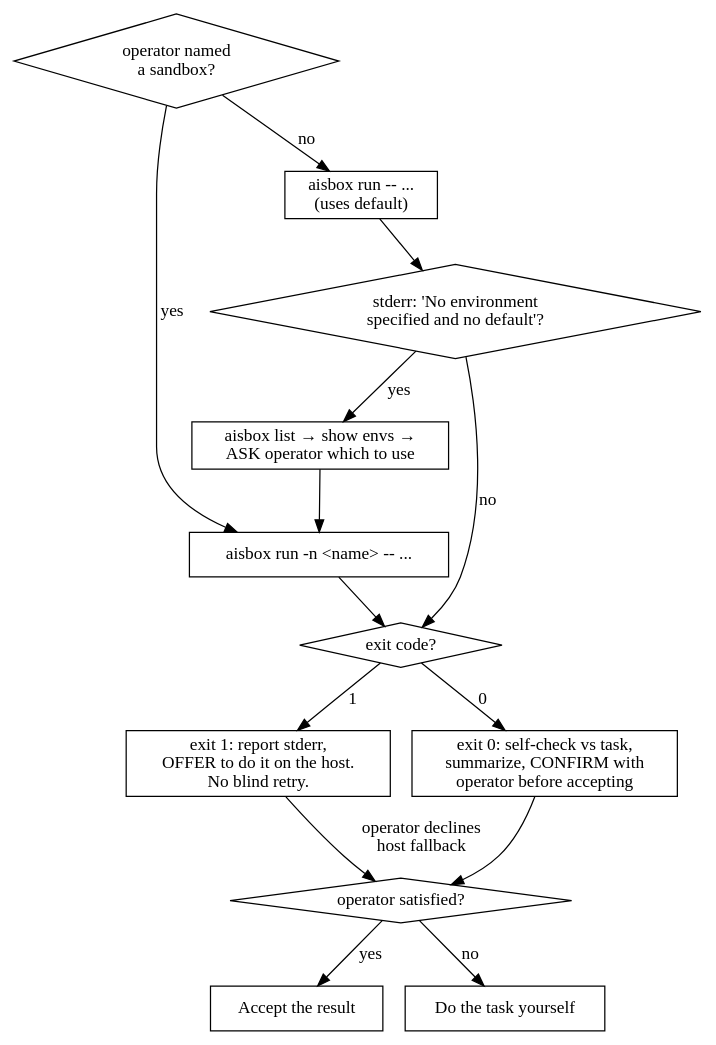
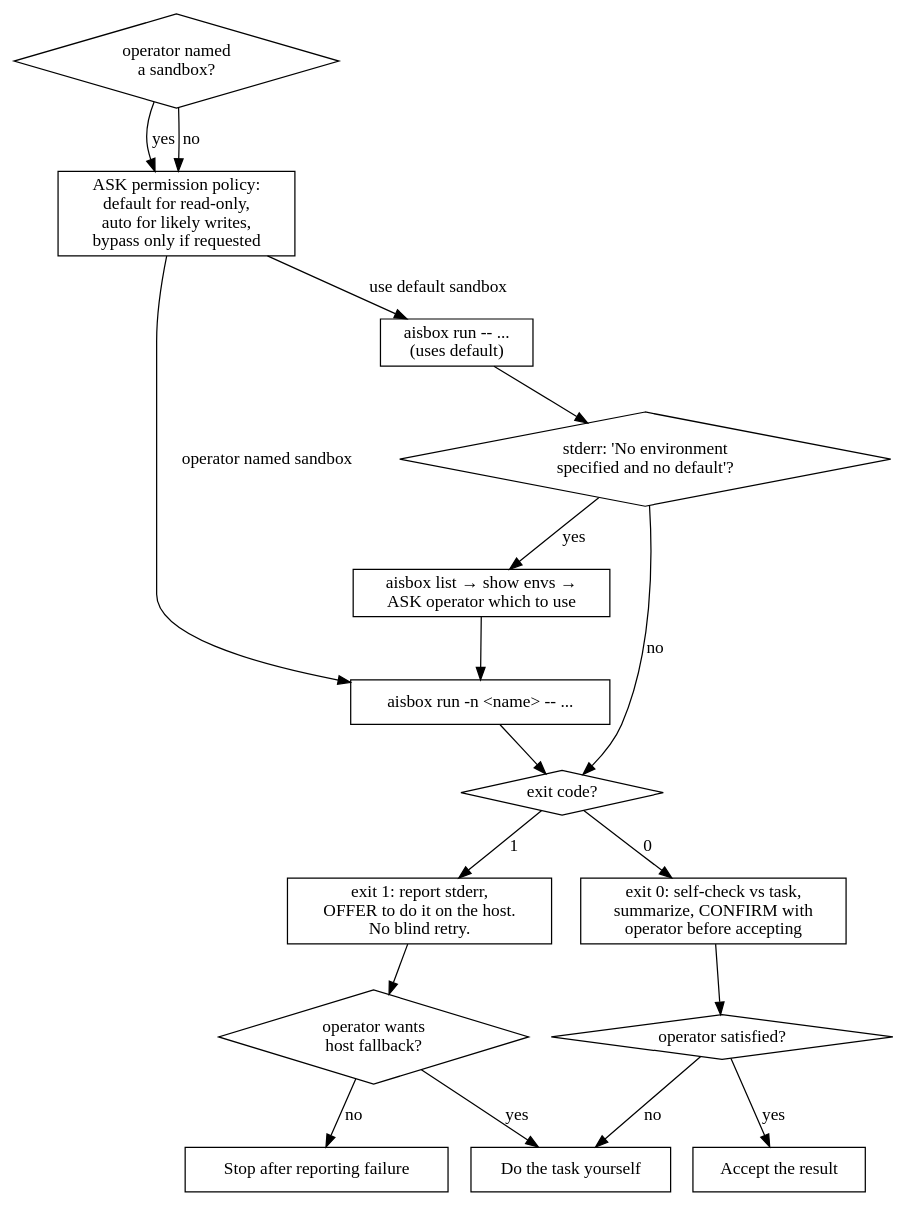
Before and after one commit to jonathonhillnz/aisbox: the diagram in skills/aisbox-coagent/SKILL.md, drawn with Graphviz. The commit also changed other lines of this file and 1 other file, not shown here.

Commit message:
docs: teach coagent skill permission policies

````diff
--- a/skills/aisbox-coagent/SKILL.md
+++ b/skills/aisbox-coagent/SKILL.md
@@ -69,30 +88,37 @@
 ```dot
 digraph coagent {
     rankdir=TB;
     named [shape=diamond label="operator named\na sandbox?"];
     usenamed [shape=box label="aisbox run -n <name> -- ..."];
     usedefault [shape=box label="aisbox run -- ...\n(uses default)"];
     nodefault [shape=diamond label="stderr: 'No environment\nspecified and no default'?"];
     list [shape=box label="aisbox list → show envs →\nASK operator which to use"];
+    policy [shape=box label="ASK permission policy:\ndefault for read-only,\nauto for likely writes,\nbypass only if requested"];
     exit [shape=diamond label="exit code?"];
     fail [shape=box label="exit 1: report stderr,\nOFFER to do it on the host.\nNo blind retry."];
     ok [shape=box label="exit 0: self-check vs task,\nsummarize, CONFIRM with\noperator before accepting"];
     sat [shape=diamond label="operator satisfied?"];
+    fallback [shape=diamond label="operator wants\nhost fallback?"];
     accept [shape=box label="Accept the result"];
+    stop [shape=box label="Stop after reporting failure"];
     self [shape=box label="Do the task yourself"];
 
-    named -> usenamed [label="yes"];
-    named -> usedefault [label="no"];
+    named -> policy [label="yes"];
+    named -> policy [label="no"];
+    policy -> usenamed [label="operator named sandbox"];
+    policy -> usedefault [label="use default sandbox"];
     usedefault -> nodefault;
     nodefault -> list [label="yes"];
     nodefault -> exit [label="no"];
     list -> usenamed;
     usenamed -> exit;
     exit -> fail [label="1"];
     exit -> ok [label="0"];
     ok -> sat;
-    fail -> sat [label="operator declines\nhost fallback"];
+    fail -> fallback;
+    fallback -> self [label="yes"];
+    fallback -> stop [label="no"];
     sat -> accept [label="yes"];
     sat -> self [label="no"];
 }
 ```
````
